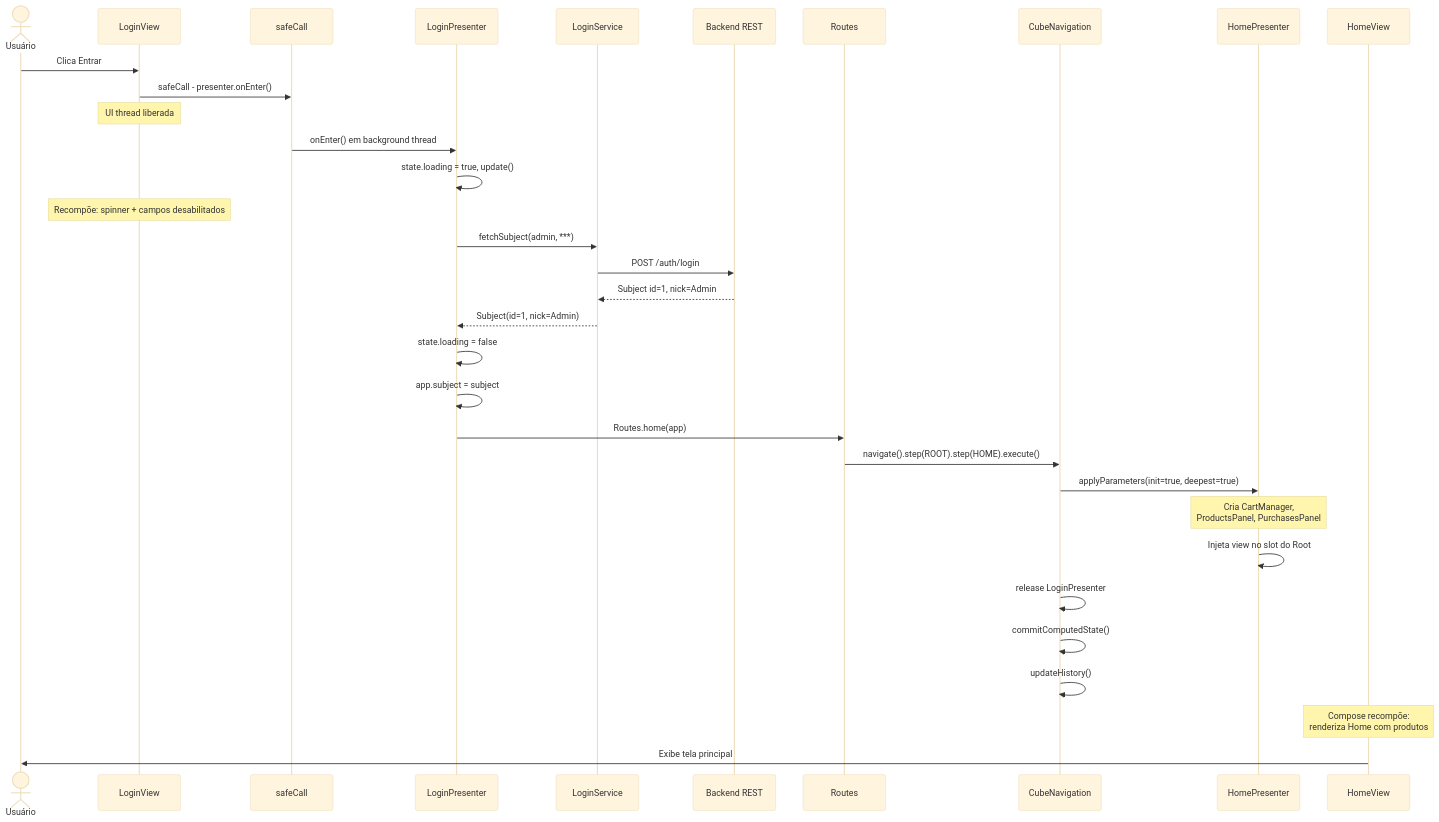
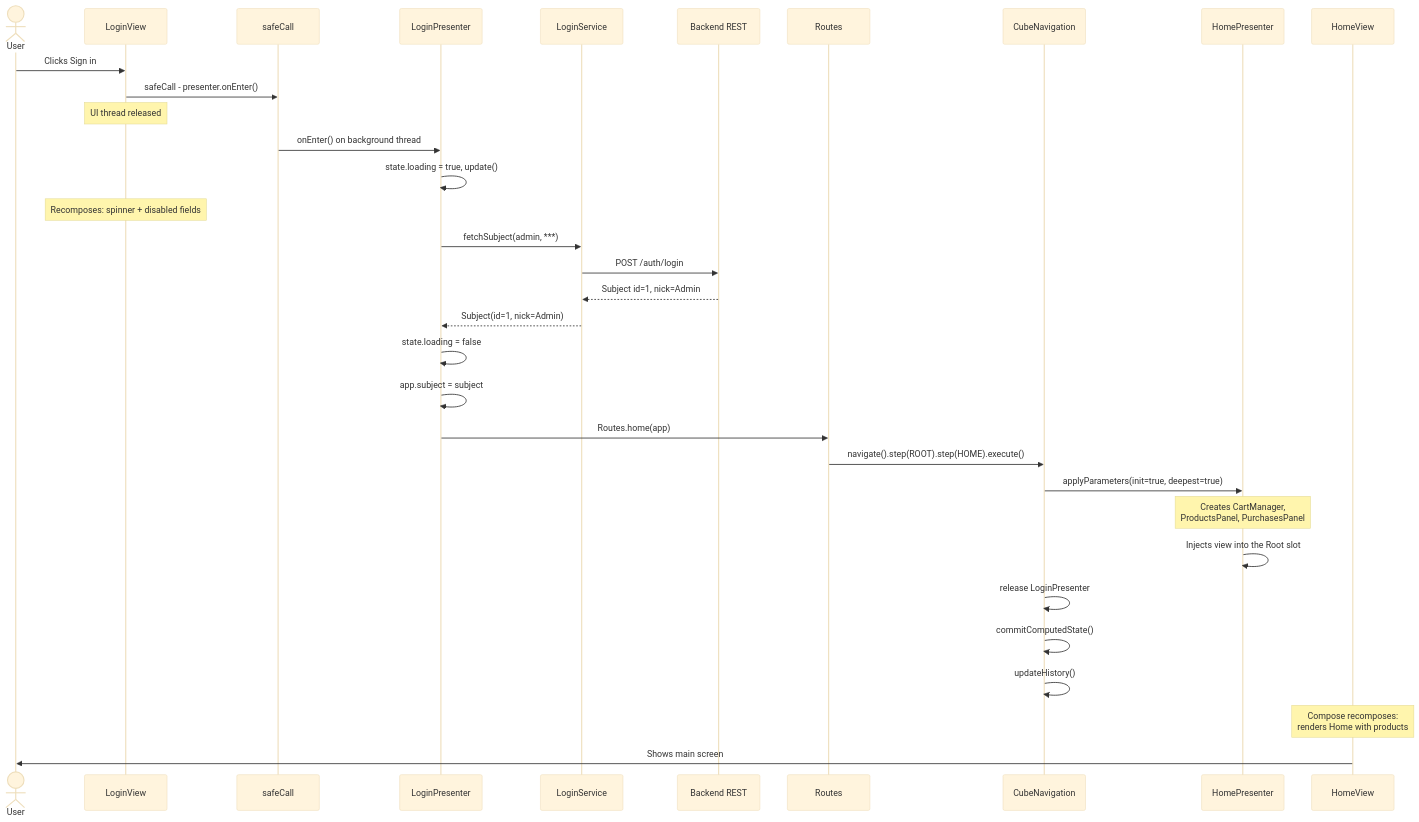
The tenth of 10 diagrams in docs/architecture.md (mrcdom/wdc-cube-kotlin), drawn with Mermaid (base theme) before and after one commit. The commit also changed other lines of this file and 10 other files, not shown here.

First line of the commit message:
docs: architecture docs and top-level READMEs in US English

````diff
--- a/docs/architecture.md
+++ b/docs/architecture.md
@@ -523,43 +523,43 @@
 ```mermaid
 sequenceDiagram
-    actor User as Usuário
+    actor User as User
     participant LV as LoginView
     participant SC as safeCall
     participant LP as LoginPresenter
     participant LS as LoginService
     participant API as Backend REST
     participant Routes as Routes
     participant Nav as CubeNavigation
     participant HP as HomePresenter
     participant HV as HomeView
 
-    User->>LV: Clica Entrar
+    User->>LV: Clicks Sign in
     LV->>SC: safeCall - presenter.onEnter()
-    Note over LV: UI thread liberada
+    Note over LV: UI thread released
 
-    SC->>LP: onEnter() em background thread
+    SC->>LP: onEnter() on background thread
     LP->>LP: state.loading = true, update()
-    Note over LV: Recompõe: spinner + campos desabilitados
+    Note over LV: Recomposes: spinner + disabled fields
 
     LP->>LS: fetchSubject(admin, ***)
     LS->>API: POST /auth/login
     API-->>LS: Subject id=1, nick=Admin
     LS-->>LP: Subject(id=1, nick=Admin)
 
     LP->>LP: state.loading = false
     LP->>LP: app.subject = subject
 
     LP->>Routes: Routes.home(app)
     Routes->>Nav: navigate().step(ROOT).step(HOME).execute()
 
     Nav->>HP: applyParameters(init=true, deepest=true)
-    Note over HP: Cria CartManager,<br/>ProductsPanel, PurchasesPanel
-    HP->>HP: Injeta view no slot do Root
+    Note over HP: Creates CartManager,<br/>ProductsPanel, PurchasesPanel
+    HP->>HP: Injects view into the Root slot
 
     Nav->>Nav: release LoginPresenter
     Nav->>Nav: commitComputedState()
     Nav->>Nav: updateHistory()
 
-    Note over HV: Compose recompõe:<br/>renderiza Home com produtos
-    HV->>User: Exibe tela principal
+    Note over HV: Compose recomposes:<br/>renders Home with products
+    HV->>User: Shows main screen
 ```
````
